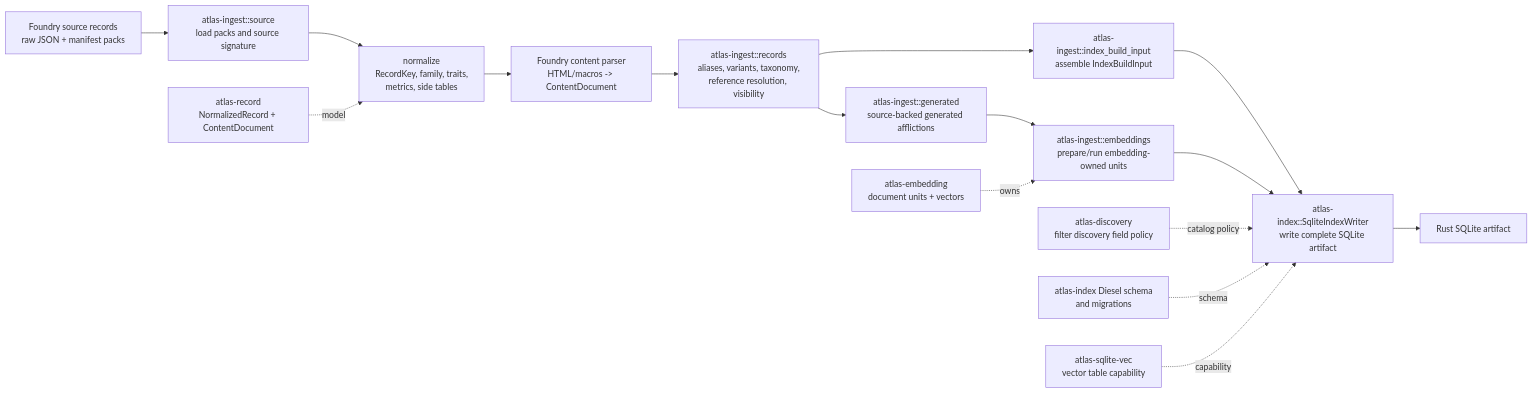
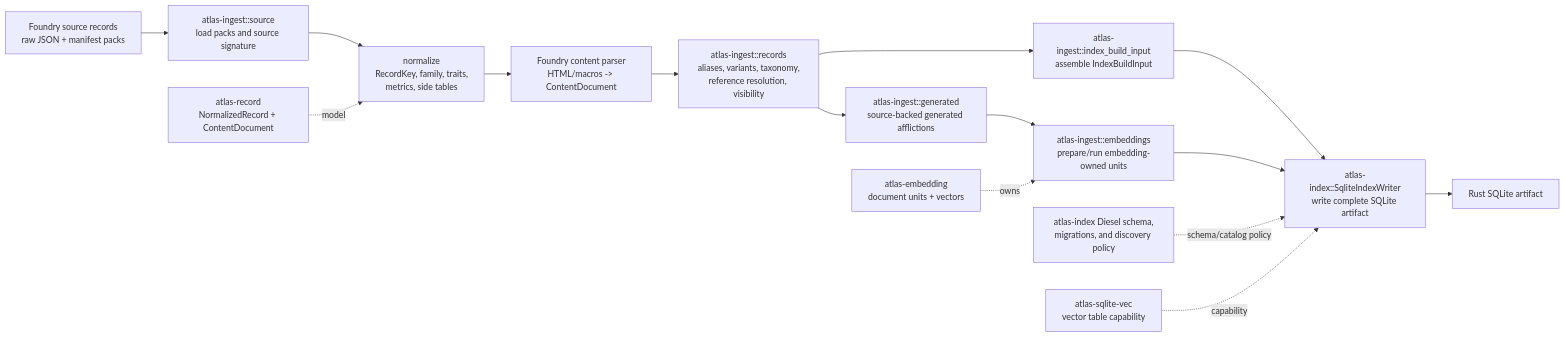
The second of 4 diagrams in docs/architecture/runtime.md (e-kosten/pf2e-atlas), drawn with Mermaid before and after one commit. The commit also changed other lines of this file and 24 other files, not shown here.

Commit message:
refactor(index): fold discovery policy into index

````diff
--- a/docs/architecture/runtime.md
+++ b/docs/architecture/runtime.md
@@ -62,19 +58,18 @@
 ```mermaid
 flowchart LR
     raw["Foundry source records<br/>raw JSON + manifest packs"] --> load["atlas-ingest::source<br/>load packs and source signature"]
     load --> normalize["normalize<br/>RecordKey, family, traits,<br/>metrics, side tables"]
     normalize --> content["Foundry content parser<br/>HTML/macros -> ContentDocument"]
     content --> enrich["atlas-ingest::records<br/>aliases, variants, taxonomy,<br/>reference resolution, visibility"]
     enrich --> generated["atlas-ingest::generated<br/>source-backed generated afflictions"]
     generated --> embedPrep["atlas-ingest::embeddings<br/>prepare/run embedding-owned units"]
     enrich --> buildInput["atlas-ingest::index_build_input<br/>assemble IndexBuildInput"]
     buildInput --> writer["atlas-index::SqliteIndexWriter<br/>write complete SQLite artifact"]
     embedPrep --> writer
     writer --> sqlite["Rust SQLite artifact"]
 
     record["atlas-record<br/>NormalizedRecord + ContentDocument"] -. model .-> normalize
-    discovery["atlas-discovery<br/>filter discovery field policy"] -. catalog policy .-> writer
-    artifactSchema["atlas-index Diesel schema<br/>and migrations"] -. schema .-> writer
+    artifactSchema["atlas-index Diesel schema,<br/>migrations, and discovery policy"] -. schema/catalog policy .-> writer
     embedding["atlas-embedding<br/>document units + vectors"] -. owns .-> embedPrep
     sqliteVec["atlas-sqlite-vec<br/>vector table capability"] -. capability .-> writer
 ```
````
